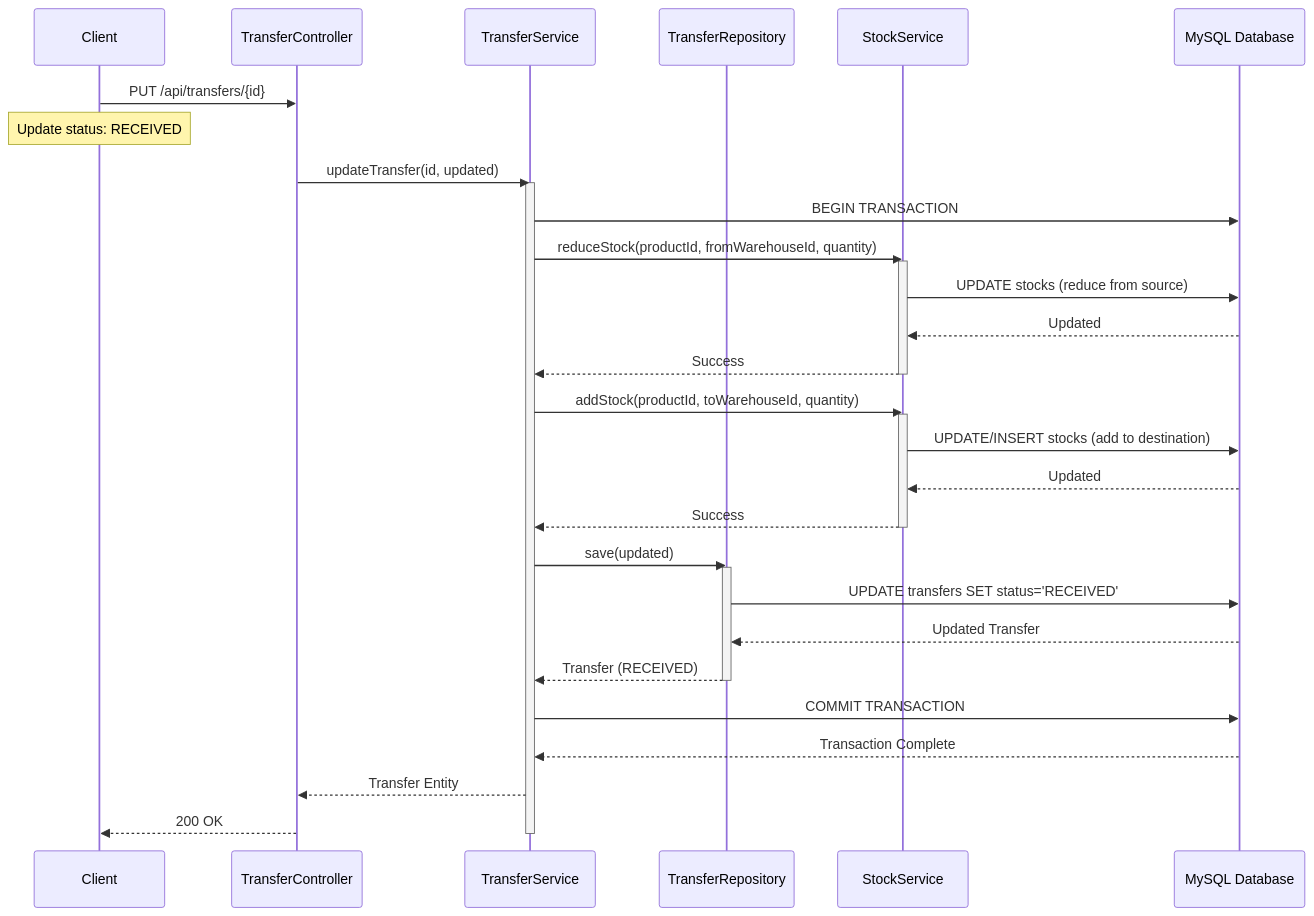
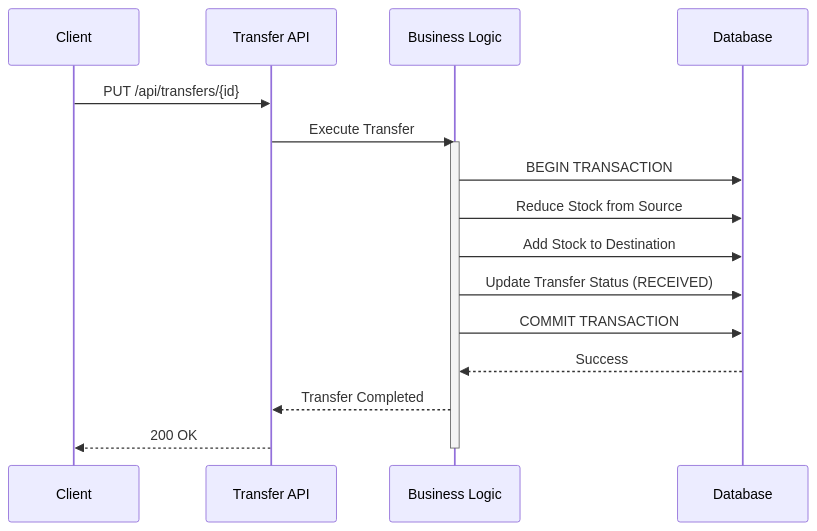
One commit to Dronanaik/java-backend changed the sixth of 10 diagrams in InventoryManagement/README.md. Above: the diagram before and after it, drawn with Mermaid. The commit also changed other lines of this file, not shown here.

````diff
--- a/InventoryManagement/README.md
+++ b/InventoryManagement/README.md
@@ -547,45 +511,22 @@
 ```mermaid
 sequenceDiagram
     participant Client
-    participant TransferController
-    participant TransferService
-    participant TransferRepo as TransferRepository
-    participant StockService
-    participant DB as MySQL Database
+    participant API as Transfer API
+    participant Service as Business Logic
+    participant DB as Database
 
-    Client->>TransferController: PUT /api/transfers/{id}
-    Note over Client: Update status: RECEIVED
-
-    TransferController->>TransferService: updateTransfer(id, updated)
-    activate TransferService
+    Client->>API: PUT /api/transfers/{id}
+    API->>Service: Execute Transfer
+    activate Service
     
-    TransferService->>DB: BEGIN TRANSACTION
+    Service->>DB: BEGIN TRANSACTION
+    Service->>DB: Reduce Stock from Source
+    Service->>DB: Add Stock to Destination
+    Service->>DB: Update Transfer Status (RECEIVED)
+    Service->>DB: COMMIT TRANSACTION
+    DB-->>Service: Success
     
-    TransferService->>StockService: reduceStock(productId, fromWarehouseId, quantity)
-    activate StockService
-    StockService->>DB: UPDATE stocks (reduce from source)
-    DB-->>StockService: Updated
-    StockService-->>TransferService: Success
-    deactivate StockService
-    
-    TransferService->>StockService: addStock(productId, toWarehouseId, quantity)
-    activate StockService
-    StockService->>DB: UPDATE/INSERT stocks (add to destination)
-    DB-->>StockService: Updated
-    StockService-->>TransferService: Success
-    deactivate StockService
-    
-    TransferService->>TransferRepo: save(updated)
-    activate TransferRepo
-    TransferRepo->>DB: UPDATE transfers SET status='RECEIVED'
-    DB-->>TransferRepo: Updated Transfer
-    TransferRepo-->>TransferService: Transfer (RECEIVED)
-    deactivate TransferRepo
-    
-    TransferService->>DB: COMMIT TRANSACTION
-    DB-->>TransferService: Transaction Complete
-    
-    TransferService-->>TransferController: Transfer Entity
-    TransferController-->>Client: 200 OK
-    deactivate TransferService
+    Service-->>API: Transfer Completed
+    API-->>Client: 200 OK
+    deactivate Service
 ```
````
